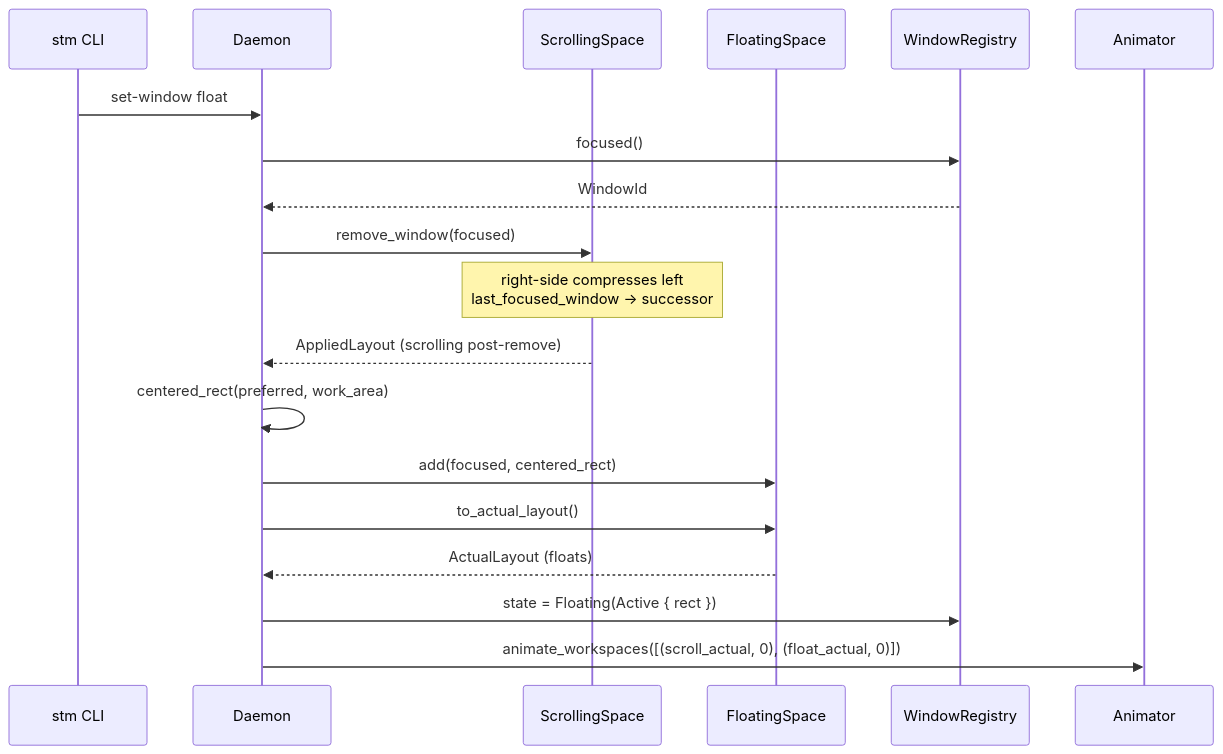
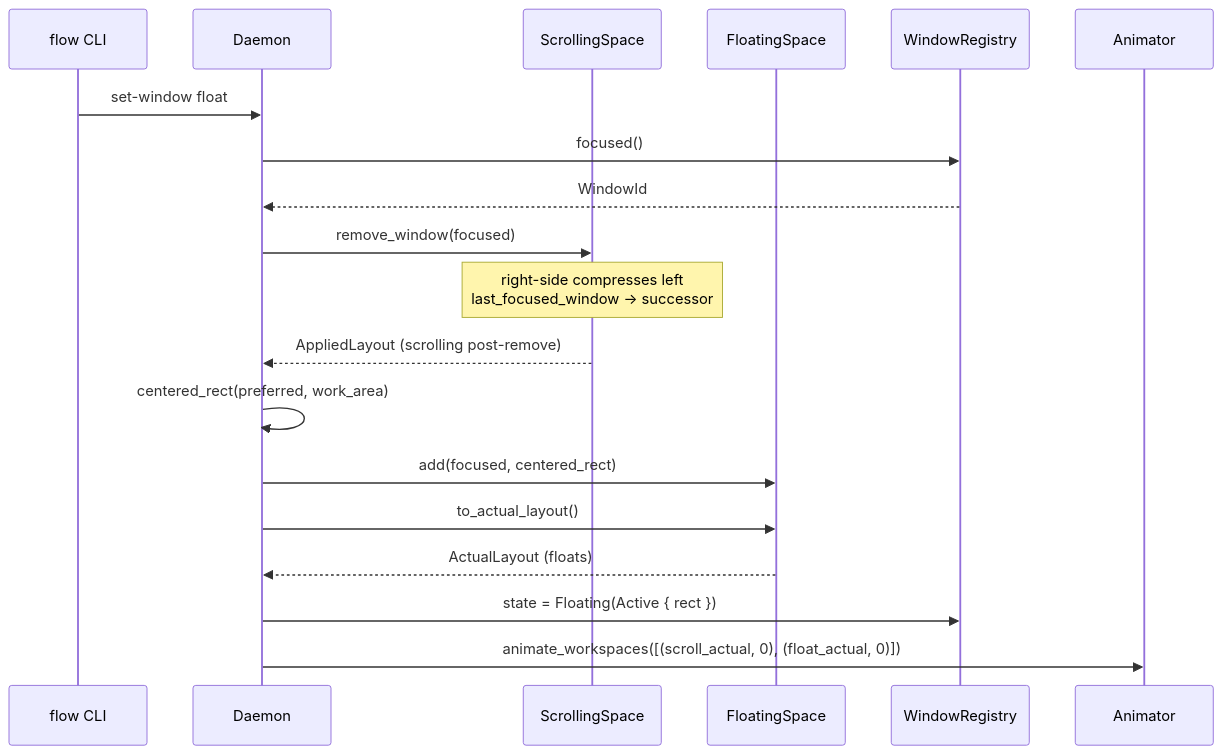
One commit to CCpcalvin/flow-wm changed the third of 6 diagrams in docs/src/dev-guide/floating-space.md. Above: the diagram before and after it, drawn with Mermaid. The commit also changed other lines of this file and 108 other files, not shown here.

Commit message:
refactor: rename project from scrolling-tiling-manager to flow-wm

````diff
--- a/docs/src/dev-guide/floating-space.md
+++ b/docs/src/dev-guide/floating-space.md
@@ -139,22 +139,22 @@
 ```mermaid
 sequenceDiagram
-    participant CLI as stm CLI
-    participant STM as Daemon
+    participant CLI as flow CLI
+    participant flow as Daemon
     participant SS as ScrollingSpace
     participant FS as FloatingSpace
     participant Reg as WindowRegistry
     participant Anim as Animator
 
-    CLI->>STM: set-window float
-    STM->>Reg: focused()
-    Reg-->>STM: WindowId
-    STM->>SS: remove_window(focused)
+    CLI->>flow: set-window float
+    flow->>Reg: focused()
+    Reg-->>flow: WindowId
+    flow->>SS: remove_window(focused)
     Note over SS: right-side compresses left<br/>last_focused_window → successor
-    SS-->>STM: AppliedLayout (scrolling post-remove)
-    STM->>STM: centered_rect(preferred, work_area)
-    STM->>FS: add(focused, centered_rect)
-    STM->>FS: to_actual_layout()
-    FS-->>STM: ActualLayout (floats)
-    STM->>Reg: state = Floating(Active { rect })
-    STM->>Anim: animate_workspaces([(scroll_actual, 0), (float_actual, 0)])
+    SS-->>flow: AppliedLayout (scrolling post-remove)
+    flow->>flow: centered_rect(preferred, work_area)
+    flow->>FS: add(focused, centered_rect)
+    flow->>FS: to_actual_layout()
+    FS-->>flow: ActualLayout (floats)
+    flow->>Reg: state = Floating(Active { rect })
+    flow->>Anim: animate_workspaces([(scroll_actual, 0), (float_actual, 0)])
 ```
````
